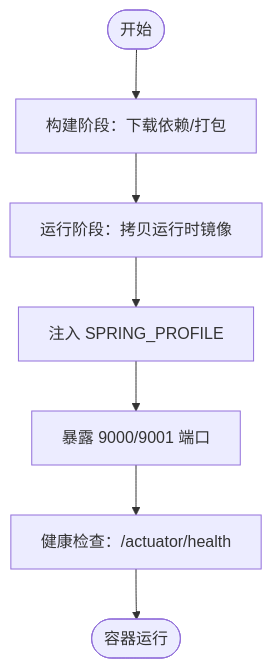
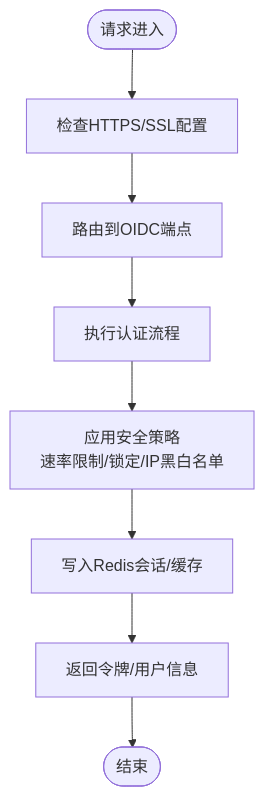
The fourth of 5 diagrams in .qoder/repowiki/zh/content/部署运维/部署运维.md (fq0121104930716/iam-platform), drawn with Mermaid before and after one commit. The commit also changed other lines of this file and 222 other files, not shown here.

````diff
--- a/.qoder/repowiki/zh/content/部署运维/部署运维.md
+++ b/.qoder/repowiki/zh/content/部署运维/部署运维.md
@@ -142,9 +178,10 @@
 ```mermaid
 flowchart TD
-Start(["开始"]) --> Stage1["构建阶段：下载依赖/打包"]
-Stage1 --> Stage2["运行阶段：拷贝运行时镜像"]
-Stage2 --> Args["注入 SPRING_PROFILE"]
-Args --> Ports["暴露 9000/9001 端口"]
-Ports --> Health["健康检查：/actuator/health"]
-Health --> Run(["容器运行"])
+Start(["请求进入"]) --> CheckSSL["检查HTTPS/SSL配置"]
+CheckSSL --> Route["路由到OIDC端点"]
+Route --> Auth["执行认证流程"]
+Auth --> Policy["应用安全策略<br/>速率限制/锁定/IP黑白名单"]
+Policy --> Store["写入Redis会话/缓存"]
+Store --> Resp["返回令牌/用户信息"]
+Resp --> End(["结束"])
 ```
````
